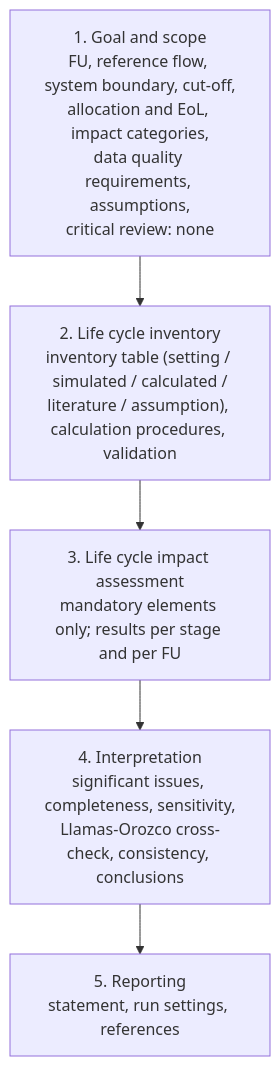
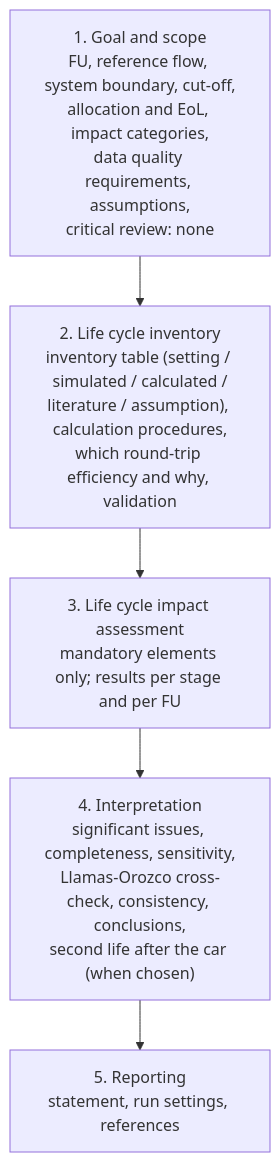
One commit to TheJohn01/DigitalTwinBattery changed diagram 11 of 12 in README.md. Above: the diagram before and after it, drawn with Mermaid. The commit also changed other lines of this file and 5 other files, not shown here.

First line of the commit message:
README diagrams: add missing steps and figures, fix order

````diff
--- a/README.md
+++ b/README.md
@@ -1541,9 +1578,9 @@
 ```mermaid
 flowchart TD
     R1["1. Goal and scope<br/>FU, reference flow, system boundary, cut-off,<br/>allocation and EoL, impact categories,<br/>data quality requirements, assumptions,<br/>critical review: none"]
-    R2["2. Life cycle inventory<br/>inventory table (setting / simulated / calculated /<br/>literature / assumption), calculation procedures, validation"]
+    R2["2. Life cycle inventory<br/>inventory table (setting / simulated / calculated /<br/>literature / assumption), calculation procedures,<br/>which round-trip efficiency and why, validation"]
     R3["3. Life cycle impact assessment<br/>mandatory elements only; results per stage and per FU"]
-    R4["4. Interpretation<br/>significant issues, completeness, sensitivity,<br/>Llamas-Orozco cross-check, consistency, conclusions"]
+    R4["4. Interpretation<br/>significant issues, completeness, sensitivity,<br/>Llamas-Orozco cross-check, consistency, conclusions,<br/>second life after the car (when chosen)"]
     R5["5. Reporting<br/>statement, run settings, references"]
     R1 --> R2 --> R3 --> R4 --> R5
 ```
````
